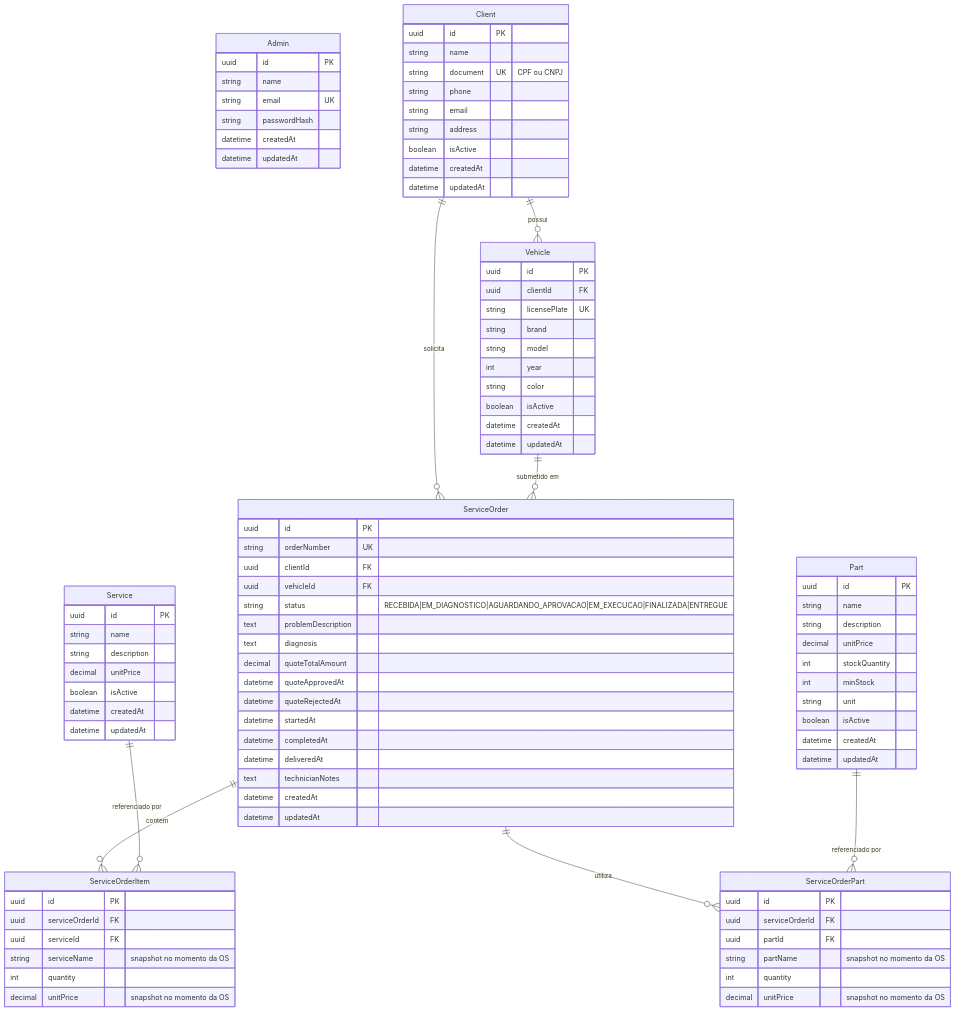
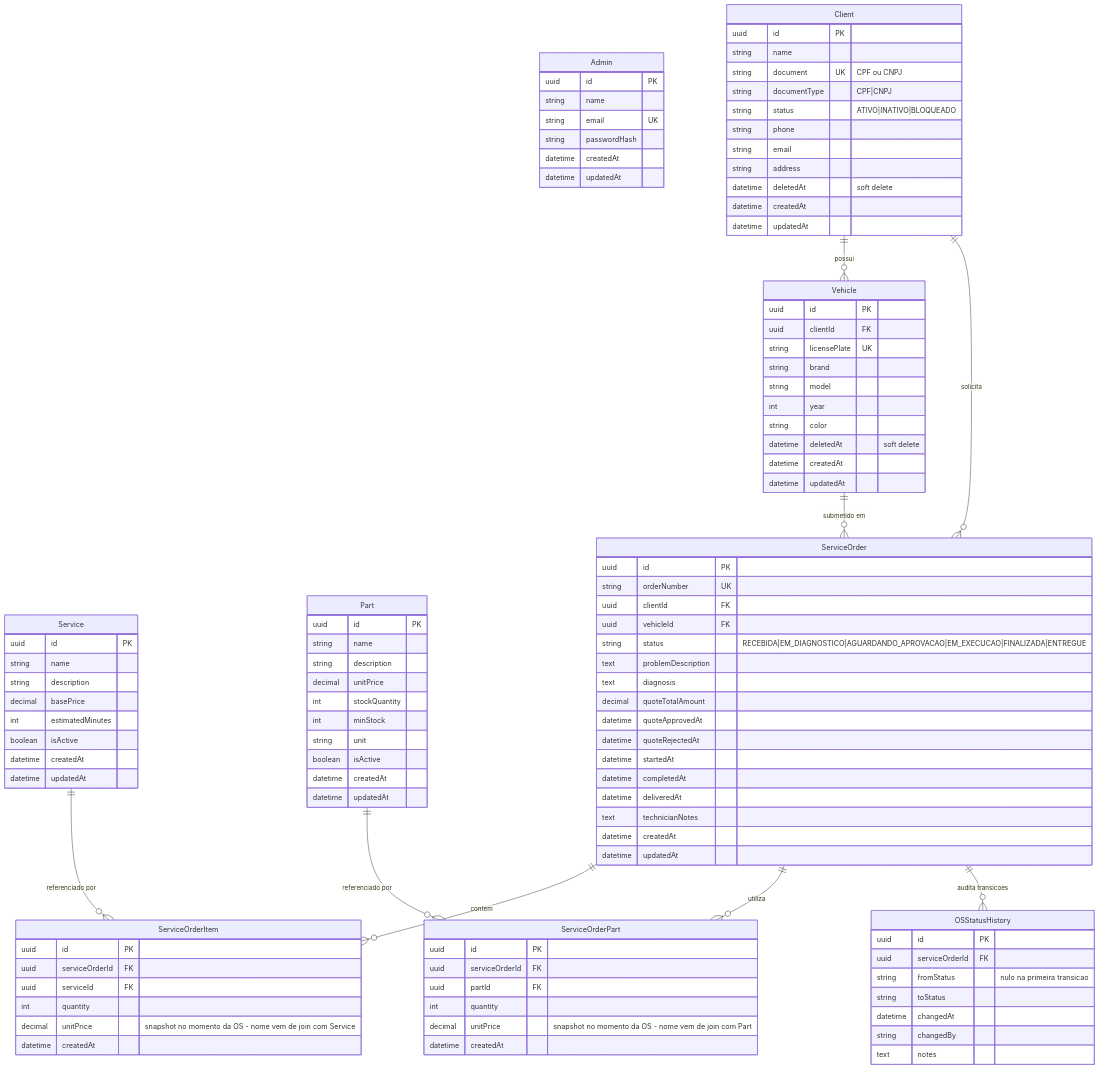
The diagram in docs/modelo-dominio.mmd (Castor-Garage/mecanica-pos-SOAT), drawn with Mermaid before and after one commit. The commit also changed 13 other files, not shown here.

```diff
--- a/docs/modelo-dominio.mmd
+++ b/docs/modelo-dominio.mmd
@@ -1,102 +1,116 @@
 erDiagram
     Admin {
         uuid id PK
         string name
         string email UK
         string passwordHash
         datetime createdAt
         datetime updatedAt
     }
 
     Client {
         uuid id PK
         string name
         string document UK "CPF ou CNPJ"
+        string documentType "CPF|CNPJ"
+        string status "ATIVO|INATIVO|BLOQUEADO"
         string phone
         string email
         string address
-        boolean isActive
+        datetime deletedAt "soft delete"
         datetime createdAt
         datetime updatedAt
     }
 
     Vehicle {
         uuid id PK
         uuid clientId FK
         string licensePlate UK
         string brand
         string model
         int year
         string color
-        boolean isActive
+        datetime deletedAt "soft delete"
         datetime createdAt
         datetime updatedAt
     }
 
     Service {
         uuid id PK
         string name
         string description
-        decimal unitPrice
+        decimal basePrice
+        int estimatedMinutes
         boolean isActive
         datetime createdAt
         datetime updatedAt
     }
 
     Part {
         uuid id PK
         string name
         string description
         decimal unitPrice
         int stockQuantity
         int minStock
         string unit
         boolean isActive
         datetime createdAt
         datetime updatedAt
     }
 
     ServiceOrder {
         uuid id PK
         string orderNumber UK
         uuid clientId FK
         uuid vehicleId FK
         string status "RECEBIDA|EM_DIAGNOSTICO|AGUARDANDO_APROVACAO|EM_EXECUCAO|FINALIZADA|ENTREGUE"
         text problemDescription
         text diagnosis
         decimal quoteTotalAmount
         datetime quoteApprovedAt
         datetime quoteRejectedAt
         datetime startedAt
         datetime completedAt
         datetime deliveredAt
         text technicianNotes
         datetime createdAt
         datetime updatedAt
     }
 
     ServiceOrderItem {
         uuid id PK
         uuid serviceOrderId FK
         uuid serviceId FK
-        string serviceName "snapshot no momento da OS"
         int quantity
-        decimal unitPrice "snapshot no momento da OS"
+        decimal unitPrice "snapshot no momento da OS - nome vem de join com Service"
+        datetime createdAt
     }
 
     ServiceOrderPart {
         uuid id PK
         uuid serviceOrderId FK
         uuid partId FK
-        string partName "snapshot no momento da OS"
         int quantity
-        decimal unitPrice "snapshot no momento da OS"
+        decimal unitPrice "snapshot no momento da OS - nome vem de join com Part"
+        datetime createdAt
+    }
+
+    OSStatusHistory {
+        uuid id PK
+        uuid serviceOrderId FK
+        string fromStatus "nulo na primeira transicao"
+        string toStatus
+        datetime changedAt
+        string changedBy
+        text notes
     }
 
     Client ||--o{ Vehicle : "possui"
     Client ||--o{ ServiceOrder : "solicita"
     Vehicle ||--o{ ServiceOrder : "submetido em"
     ServiceOrder ||--o{ ServiceOrderItem : "contem"
     ServiceOrder ||--o{ ServiceOrderPart : "utiliza"
+    ServiceOrder ||--o{ OSStatusHistory : "audita transicoes"
     Service ||--o{ ServiceOrderItem : "referenciado por"
     Part ||--o{ ServiceOrderPart : "referenciado por"
```
